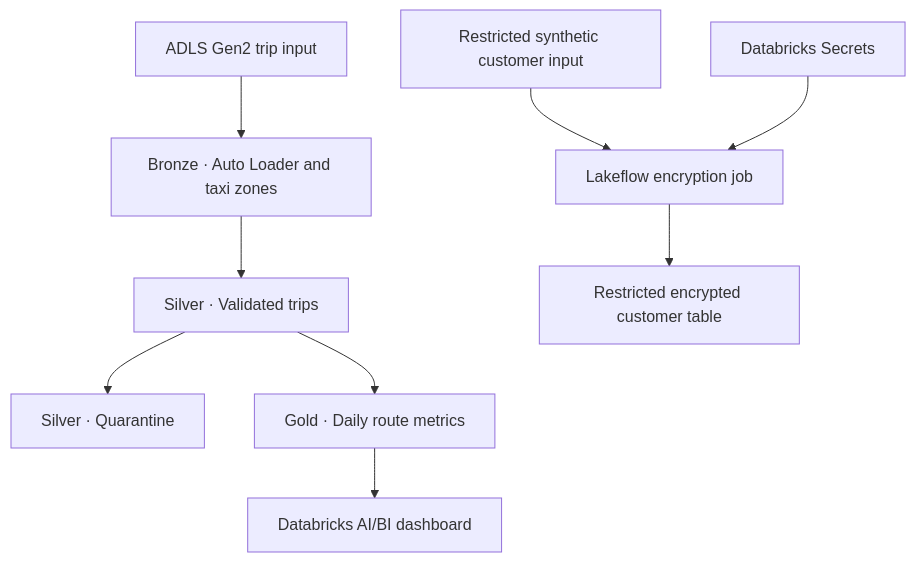
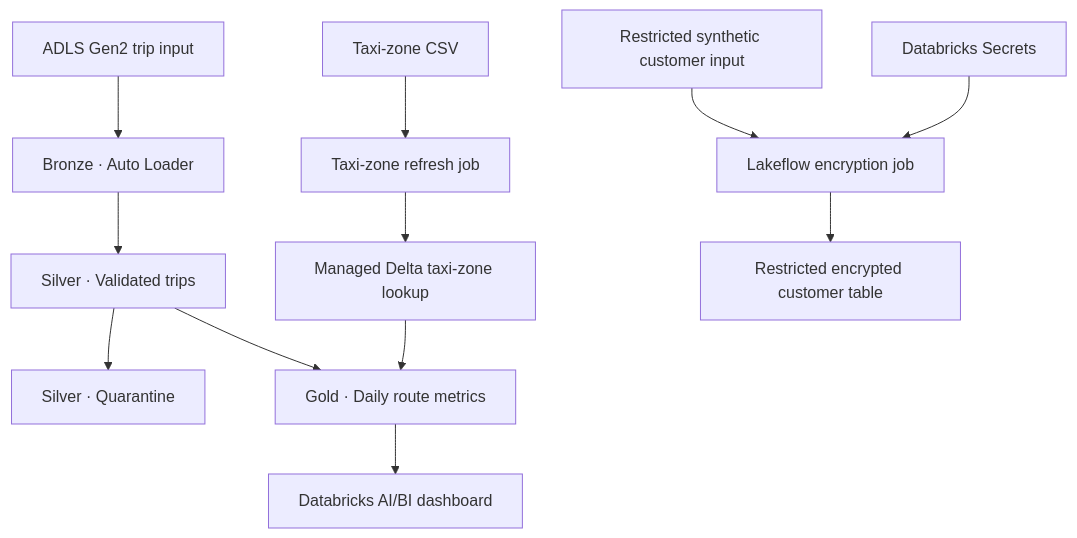
Before and after one commit to M21-22/NYC_Taxi_trips: the diagram in README.md, drawn with Mermaid. The commit also changed other lines of this file, not shown here.

````diff
--- a/README.md
+++ b/README.md
@@ -11,11 +11,14 @@
 ```mermaid
 flowchart TB
-    Trip["ADLS Gen2 trip input"] --> Bronze["Bronze · Auto Loader and taxi zones"]
+    Trip["ADLS Gen2 trip input"] --> Bronze["Bronze · Auto Loader"]
     Bronze --> Silver["Silver · Validated trips"]
     Silver --> Quarantine["Silver · Quarantine"]
     Silver --> Gold["Gold · Daily route metrics"]
+    Lookup["Taxi-zone CSV"] --> Refresh["Taxi-zone refresh job"]
+    Refresh --> Zones["Managed Delta taxi-zone lookup"]
+    Zones --> Gold
     Gold --> Dashboard["Databricks AI/BI dashboard"]
     Pool["Restricted synthetic customer input"] --> Job["Lakeflow encryption job"]
     Secrets["Databricks Secrets"] --> Job
     Job --> Encrypted["Restricted encrypted customer table"]
 ```
````
